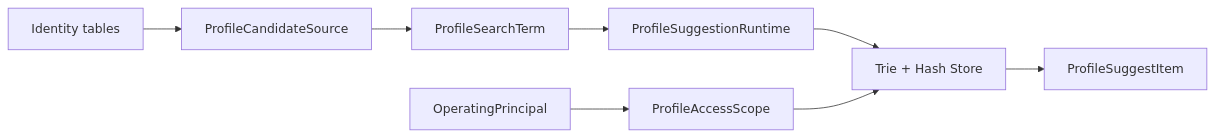
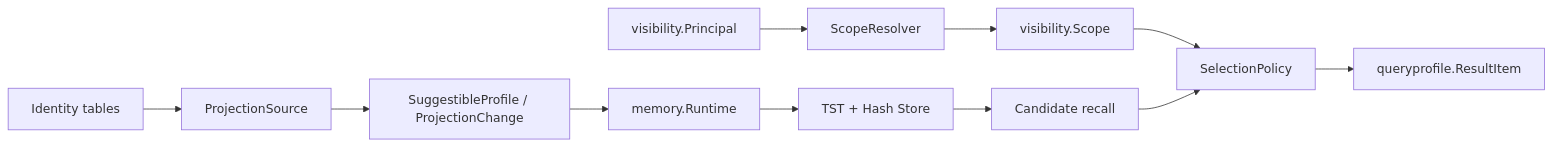
Before and after one commit to FangcunMount/iam: the diagram in docs/06-专题设计/05-Suggest为什么是读模型.md, drawn with Mermaid. The commit also changed other lines of this file and 19 other files, not shown here.

Commit message:
docs(suggest): update terminology and clarify scope definitions

````diff
--- a/docs/06-专题设计/05-Suggest为什么是读模型.md
+++ b/docs/06-专题设计/05-Suggest为什么是读模型.md
@@ -36,10 +36,13 @@
 ```mermaid
 flowchart LR
-    Identity["Identity tables"] --> Loader["ProfileCandidateSource"]
-    Loader --> Term["ProfileSearchTerm"]
-    Term --> Runtime["ProfileSuggestionRuntime"]
-    Runtime --> Index["Trie + Hash Store"]
-    Principal["OperatingPrincipal"] --> Scope["ProfileAccessScope"]
-    Scope --> Index
-    Index --> Item["ProfileSuggestItem"]
+    Identity["Identity tables"] --> Loader["ProjectionSource"]
+    Loader --> Profile["SuggestibleProfile / ProjectionChange"]
+    Profile --> Runtime["memory.Runtime"]
+    Runtime --> Index["TST + Hash Store"]
+    Principal["visibility.Principal"] --> Resolver["ScopeResolver"]
+    Resolver --> Scope["visibility.Scope"]
+    Index --> Recall["Candidate recall"]
+    Scope --> Select["SelectionPolicy"]
+    Recall --> Select
+    Select --> Item["queryprofile.ResultItem"]
 ```
````
